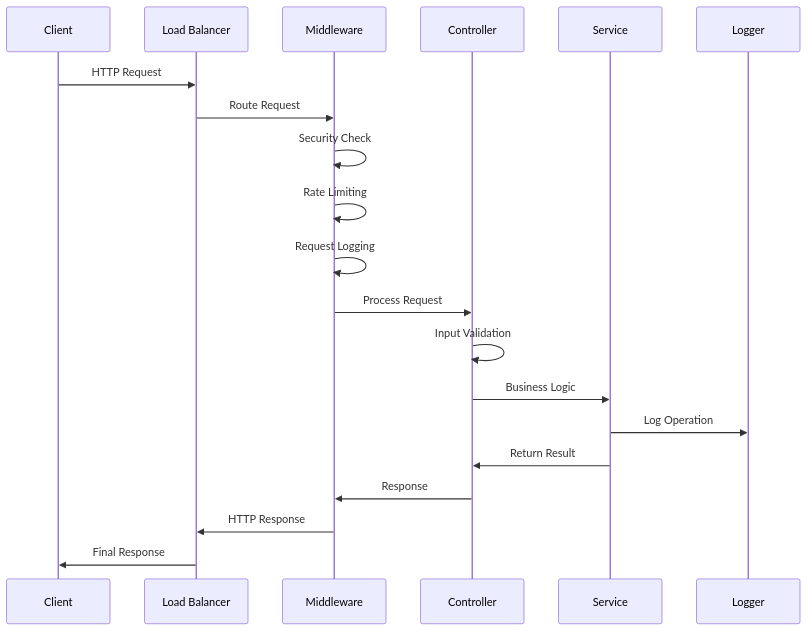
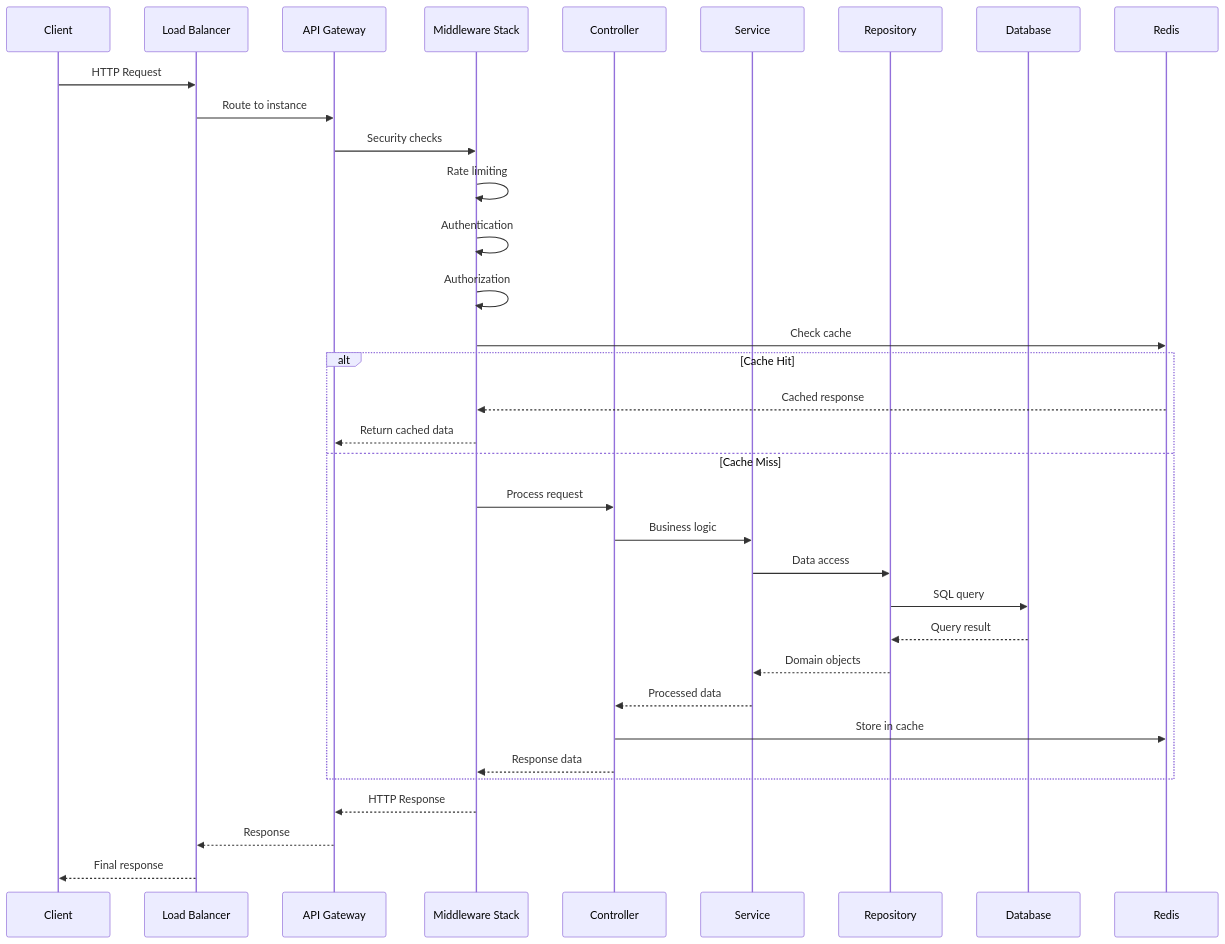
The fifth of 12 diagrams in docs/architecture/system-diagrams.md (liamhelmer/claude-flow-ui), drawn with Mermaid before and after one commit. The commit also changed other lines of this file and 202 other files, not shown here.

Commit message:
Improved docs more environment variables supported for interpretation into claude-flow args more tests

````diff
--- a/docs/architecture/system-diagrams.md
+++ b/docs/architecture/system-diagrams.md
@@ -106,23 +292,39 @@
 ```mermaid
 sequenceDiagram
     participant Client
     participant LB as Load Balancer
-    participant MW as Middleware
-    participant Ctrl as Controller
-    participant Svc as Service
-    participant Log as Logger
+    participant Gateway as API Gateway
+    participant MW as Middleware Stack
+    participant Controller
+    participant Service
+    participant Repository
+    participant DB as Database
+    participant Cache as Redis
 
     Client->>LB: HTTP Request
-    LB->>MW: Route Request
-    MW->>MW: Security Check
-    MW->>MW: Rate Limiting
-    MW->>MW: Request Logging
-    MW->>Ctrl: Process Request
-    Ctrl->>Ctrl: Input Validation
-    Ctrl->>Svc: Business Logic
-    Svc->>Log: Log Operation
-    Svc->>Ctrl: Return Result
-    Ctrl->>MW: Response
-    MW->>LB: HTTP Response
-    LB->>Client: Final Response
+    LB->>Gateway: Route to instance
+    Gateway->>MW: Security checks
+    MW->>MW: Rate limiting
+    MW->>MW: Authentication
+    MW->>MW: Authorization
+    MW->>Cache: Check cache
+
+    alt Cache Hit
+        Cache-->>MW: Cached response
+        MW-->>Gateway: Return cached data
+    else Cache Miss
+        MW->>Controller: Process request
+        Controller->>Service: Business logic
+        Service->>Repository: Data access
+        Repository->>DB: SQL query
+        DB-->>Repository: Query result
+        Repository-->>Service: Domain objects
+        Service-->>Controller: Processed data
+        Controller->>Cache: Store in cache
+        Controller-->>MW: Response data
+    end
+
+    MW-->>Gateway: HTTP Response
+    Gateway-->>LB: Response
+    LB-->>Client: Final response
 ```
````
